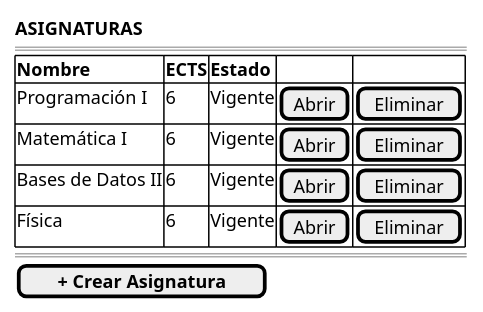
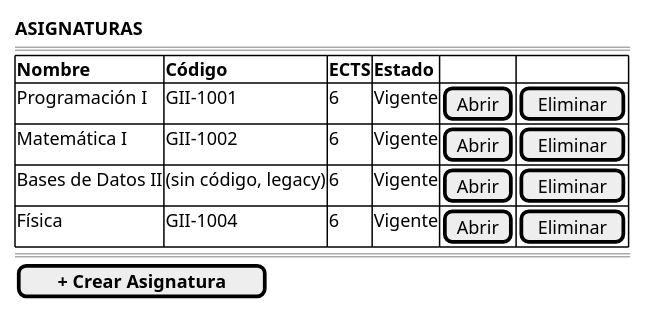
Before and after one commit to mmasias/pyCeldaPublico: the diagram in RUP/01-requisitos/03-detalle-casos-uso/abrirAsignaturas/wireframes.puml, drawn with PlantUML. The commit also changed 1249 other files, not shown here.

```diff
--- a/RUP/01-requisitos/03-detalle-casos-uso/abrirAsignaturas/wireframes.puml
+++ b/RUP/01-requisitos/03-detalle-casos-uso/abrirAsignaturas/wireframes.puml
@@ -1,15 +1,15 @@
 @startsalt abrirAsignaturas-wireframe
 {
     <b>ASIGNATURAS</b>
     ====
     {#
-        <b>Nombre | <b>ECTS | <b>Estado | . | .
-        Programación I | 6 | Vigente | [Abrir] | [Eliminar]
-        Matemática I | 6 | Vigente | [Abrir] | [Eliminar]
-        Bases de Datos II | 6 | Vigente | [Abrir] | [Eliminar]
-        Física | 6 | Vigente | [Abrir] | [Eliminar]
+        <b>Nombre | <b>Código | <b>ECTS | <b>Estado | . | .
+        Programación I | GII-1001 | 6 | Vigente | [Abrir] | [Eliminar]
+        Matemática I | GII-1002 | 6 | Vigente | [Abrir] | [Eliminar]
+        Bases de Datos II | (sin código, legacy) | 6 | Vigente | [Abrir] | [Eliminar]
+        Física | GII-1004 | 6 | Vigente | [Abrir] | [Eliminar]
     }
     ====
     [ <b>+ Crear Asignatura</b> ]
 }
 @endsalt
```
